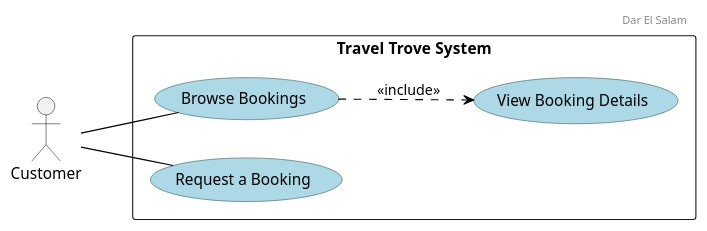
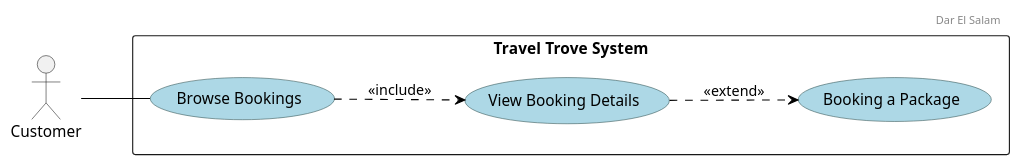
The diagram in diagrams/use cases/Sprint3/booking/customer.puml (Hares-2088/TravelTrove), drawn with PlantUML before and after one commit. The commit also changed 9 other files, not shown here.

Commit message:
Diagrams finished for modified package after seating logic adding.

```diff
--- a/diagrams/use cases/Sprint3/booking/customer.puml
+++ b/diagrams/use cases/Sprint3/booking/customer.puml
@@ -1,31 +1,31 @@
 @startuml
 scale 1
 left to right direction
 
 header
 Dar El Salam
 endheader
 
 ' Custom skin parameters for use cases
 skinparam usecase {
     BackgroundColor lightblue
     BorderColor DarkSlateGray
     ArrowColor Black
 }
 
 actor "Customer" as Customer
 
 rectangle "Travel Trove System" {
 
     usecase "Browse Bookings"
     usecase "View Booking Details"
-    usecase "Request a Booking"
+    usecase "Booking a Package"
 
 }
 
 Customer -- "Browse Bookings"
-Customer -- "Request a Booking"
 
 "Browse Bookings" ..> "View Booking Details" : <<include>>
+"View Booking Details" ..> "Booking a Package" : <<extend>>
 
 @enduml
```
